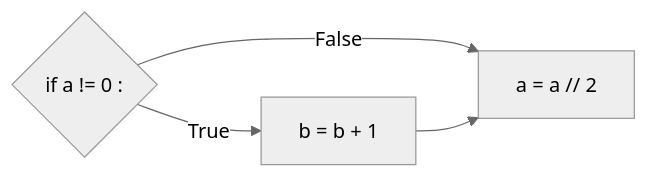
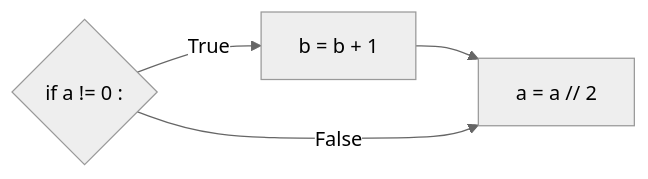
One commit to boddaert/nsi changed the third of 10 diagrams in première/Constructions élémentaires/Conditions.md. Above: the diagram before and after it, drawn with Mermaid (neutral theme). The commit also changed other lines of this file, not shown here.

````diff
--- a/première/Constructions élémentaires/Conditions.md
+++ b/première/Constructions élémentaires/Conditions.md
@@ -89,7 +89,7 @@
 ```mermaid
   graph LR;
       A{if a != 0 :};
       A--True-->B[b = b + 1];
+      B-->C[a = a // 2];
       A--False-->C[a = a // 2];
-      B-->C[a = a // 2];
 ```
````
